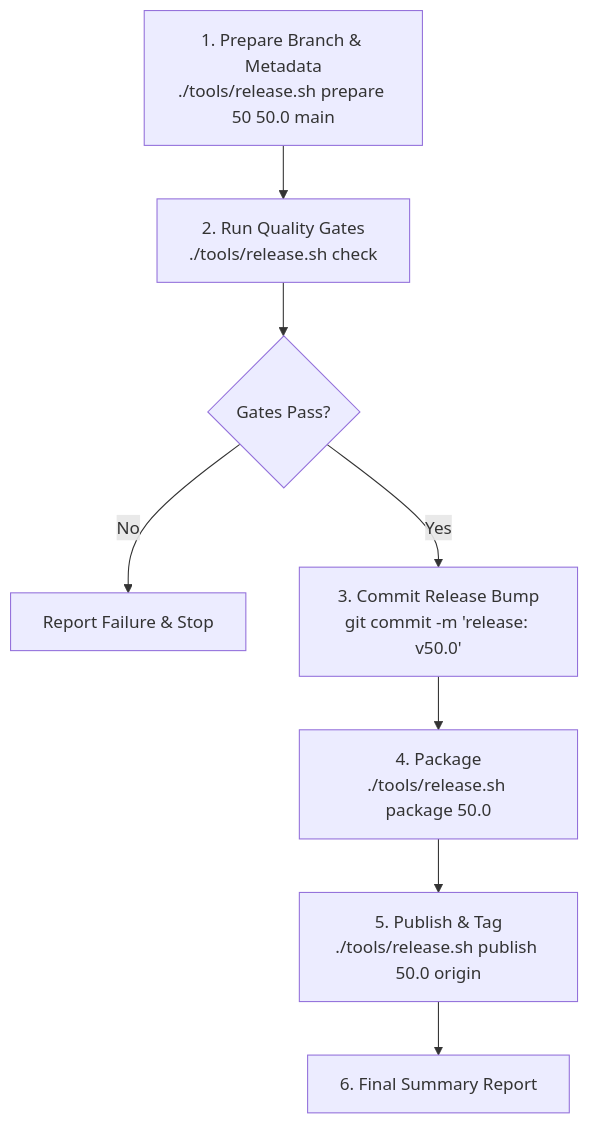
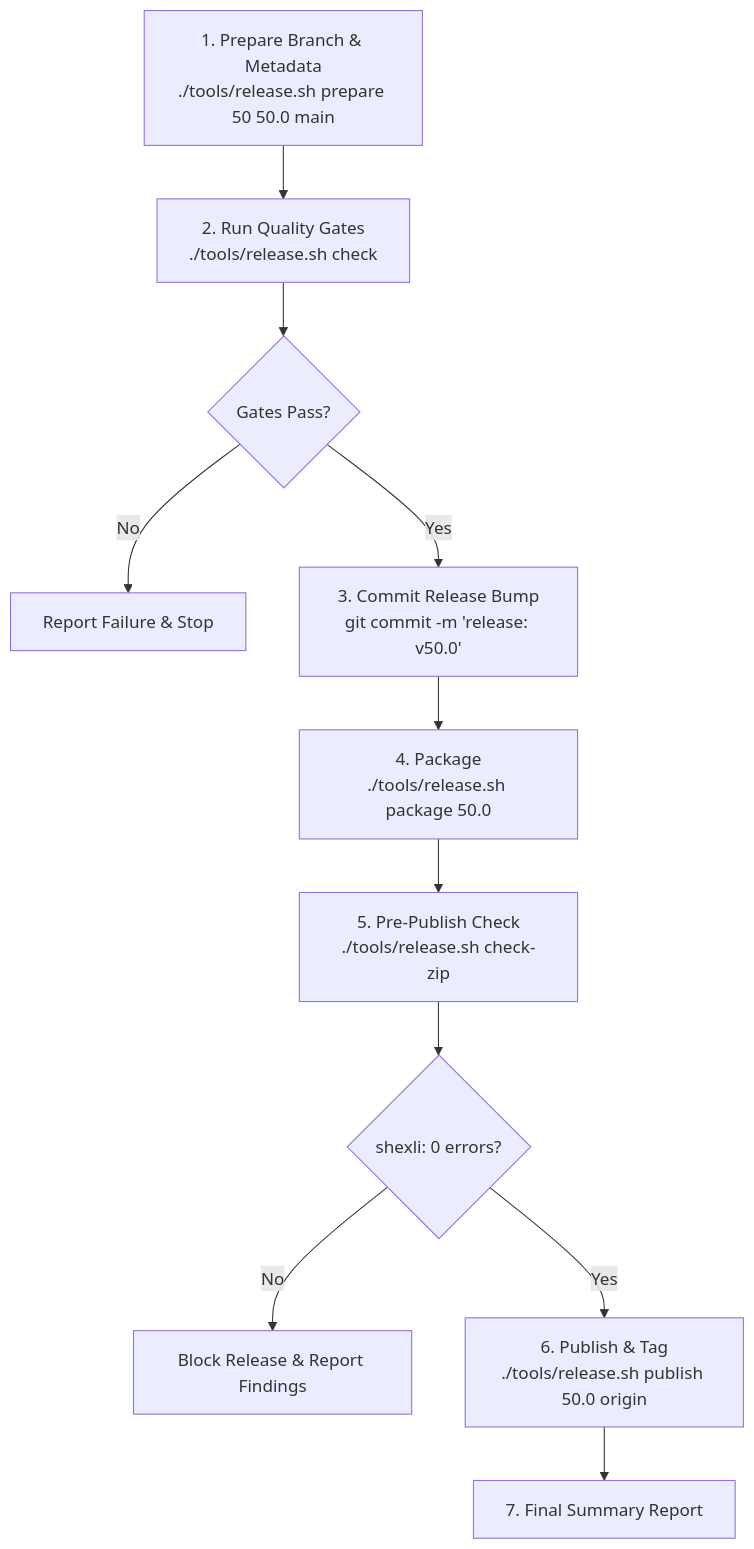
The diagram in agents/PUBLISH.md (icedman/dash2dock-lite), drawn with Mermaid before and after one commit. The commit also changed other lines of this file and 12 other files, not shown here.

````diff
--- a/agents/PUBLISH.md
+++ b/agents/PUBLISH.md
@@ -41,10 +42,13 @@
 ```mermaid
 flowchart TD
     A["1. Prepare Branch & Metadata<br/>./tools/release.sh prepare 50 50.0 main"] --> B["2. Run Quality Gates<br/>./tools/release.sh check"]
     B --> C{"Gates Pass?"}
     C -- No --> D["Report Failure & Stop"]
     C -- Yes --> E["3. Commit Release Bump<br/>git commit -m 'release: v50.0'"]
     E --> F["4. Package<br/>./tools/release.sh package 50.0"]
-    F --> G["5. Publish & Tag<br/>./tools/release.sh publish 50.0 origin"]
-    G --> H["6. Final Summary Report"]
+    F --> G["5. Pre-Publish Check<br/>./tools/release.sh check-zip"]
+    G --> H{"shexli: 0 errors?"}
+    H -- No --> I["Block Release & Report Findings"]
+    H -- Yes --> J["6. Publish & Tag<br/>./tools/release.sh publish 50.0 origin"]
+    J --> K["7. Final Summary Report"]
 ```
````
